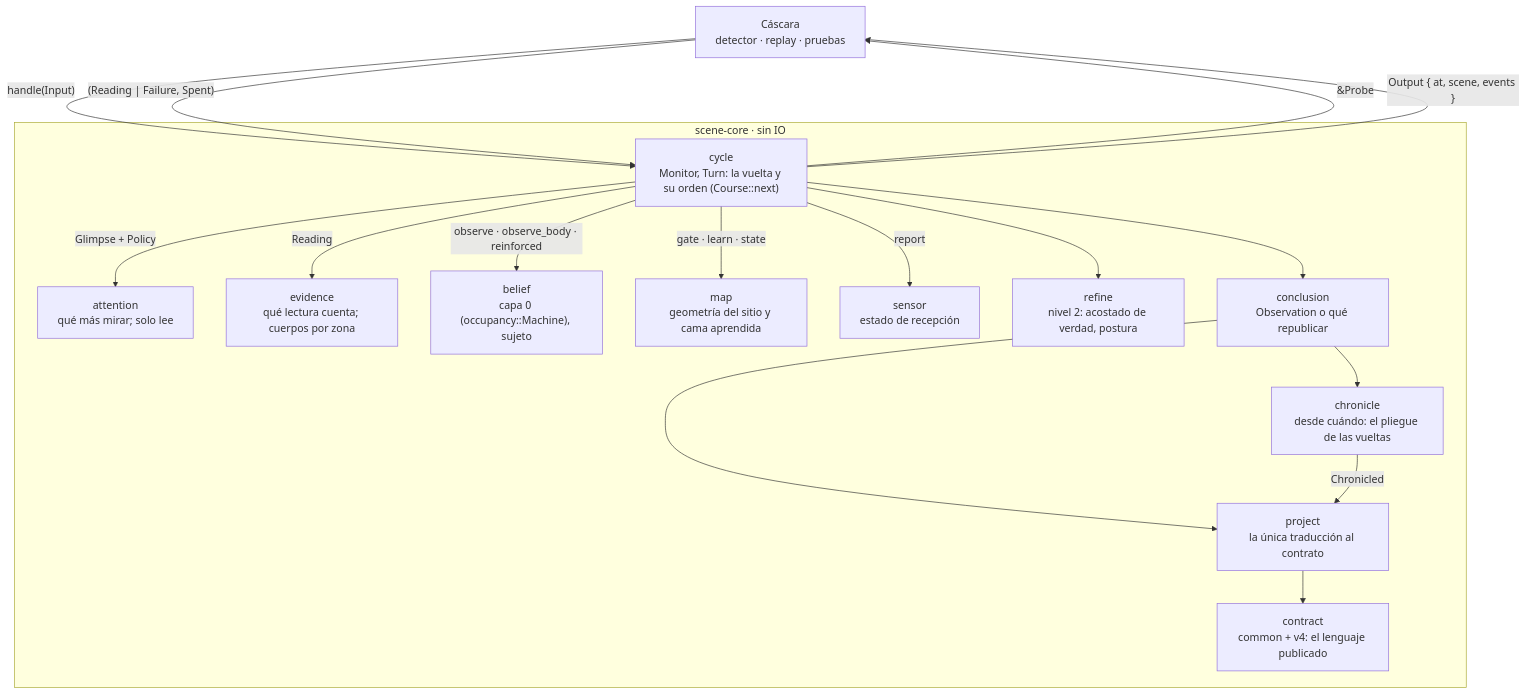
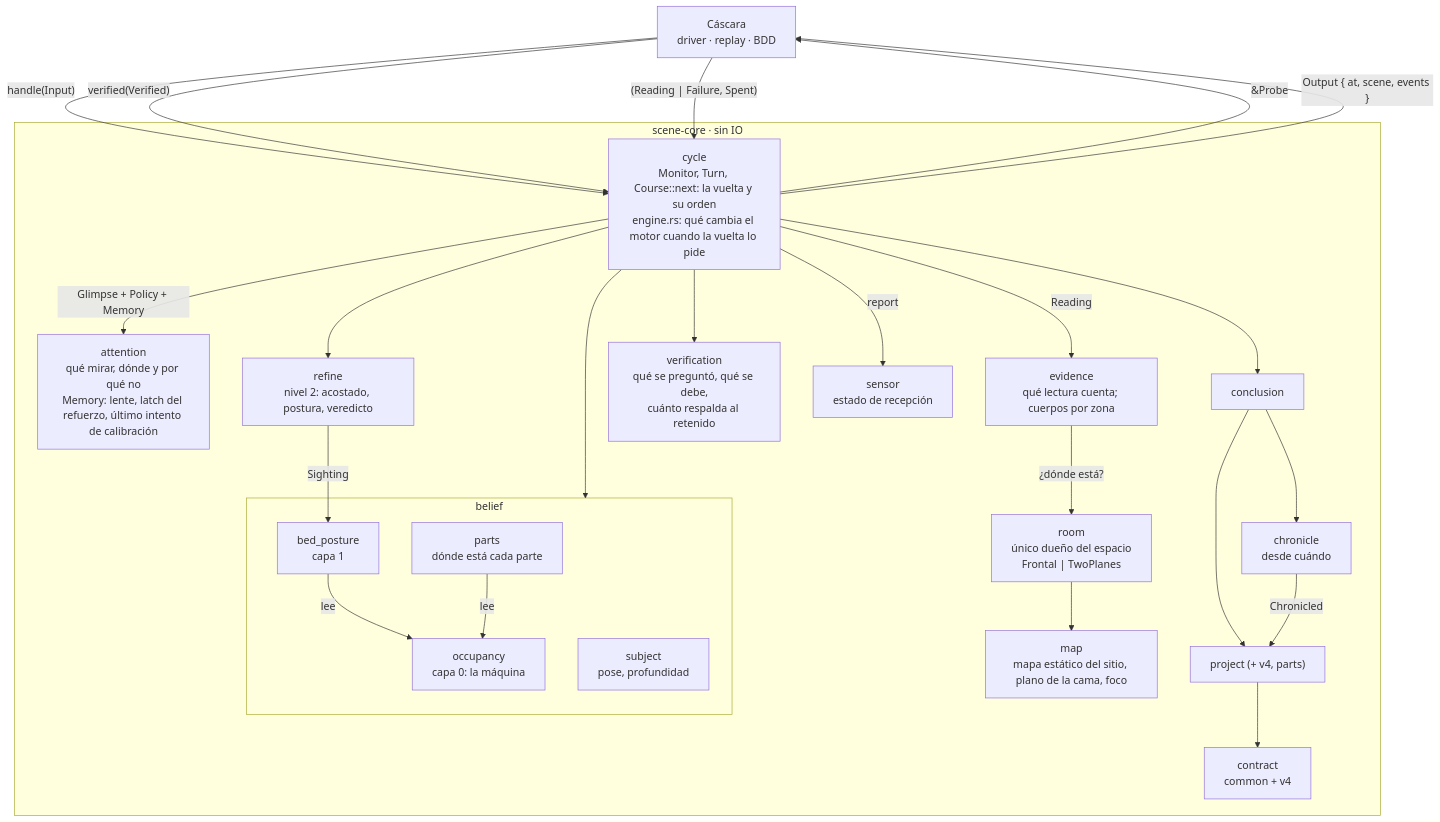
Before and after one commit to e7canasta/calipso-detector: the second of 9 diagrams in arquitectura-c4.md, drawn with Mermaid. The commit also changed other lines of this file and 2 other files, not shown here.

First line of the commit message:
Arquitectura al 2026-11-01: C4 por ingeniería inversa, revisión y mesa de refactor

````diff
--- a/arquitectura-c4.md
+++ b/arquitectura-c4.md
@@ -66,35 +89,48 @@
 ```mermaid
 flowchart TB
-    shell["Cáscara<br/>detector · replay · pruebas"]
+    shell["Cáscara<br/>driver · replay · BDD"]
 
     subgraph core["scene-core · sin IO"]
-        cycle["cycle<br/>Monitor, Turn: la vuelta y su orden (Course::next)"]
-        attention["attention<br/>qué más mirar; solo lee"]
+        cycle["cycle<br/>Monitor, Turn, Course::next: la vuelta y su orden<br/>engine.rs: qué cambia el motor cuando la vuelta lo pide"]
+        attention["attention<br/>qué mirar, dónde y por qué no<br/>Memory: lente, latch del refuerzo, último intento de calibración"]
         evidence["evidence<br/>qué lectura cuenta; cuerpos por zona"]
-        belief["belief<br/>capa 0 (occupancy::Machine), sujeto"]
-        mapm["map<br/>geometría del sitio y cama aprendida"]
+        room["room<br/>único dueño del espacio<br/>Frontal | TwoPlanes"]
+        mapm["map<br/>mapa estático del sitio, plano de la cama, foco"]
+        subgraph belief["belief"]
+            occ["occupancy<br/>capa 0: la máquina"]
+            subj["subject<br/>pose, profundidad"]
+            parts["parts<br/>dónde está cada parte"]
+            bp["bed_posture<br/>capa 1"]
+        end
+        refine["refine<br/>nivel 2: acostado, postura, veredicto"]
+        verification["verification<br/>qué se preguntó, qué se debe,<br/>cuánto respalda al retenido"]
         sensor["sensor<br/>estado de recepción"]
-        refine["refine<br/>nivel 2: acostado de verdad, postura"]
-        conclusion["conclusion<br/>Observation o qué republicar"]
-        chronicle["chronicle<br/>desde cuándo: el pliegue de las vueltas"]
-        project["project<br/>la única traducción al contrato"]
-        contract["contract<br/>common + v4: el lenguaje publicado"]
+        conclusion["conclusion"]
+        chronicle["chronicle<br/>desde cuándo"]
+        project["project (+ v4, parts)"]
+        contract["contract<br/>common + v4"]
     end
 
     shell -->|"handle(Input)"| cycle
+    shell -->|"verified(Verified)"| cycle
     cycle -->|"&Probe"| shell
     shell -->|"(Reading | Failure, Spent)"| cycle
     cycle -->|"Output { at, scene, events }"| shell
 
-    cycle -->|"Glimpse + Policy"| attention
+    cycle -->|"Glimpse + Policy + Memory"| attention
     cycle -->|"Reading"| evidence
-    cycle -->|"observe · observe_body · reinforced"| belief
-    cycle -->|"gate · learn · state"| mapm
+    evidence -->|"¿dónde está?"| room
+    room --> mapm
+    cycle --> belief
+    bp -->|"lee"| occ
+    parts -->|"lee"| occ
+    cycle --> refine
+    refine -->|"Sighting"| bp
+    cycle --> verification
     cycle -->|"report"| sensor
-    cycle --> refine
     cycle --> conclusion
     conclusion --> chronicle
     conclusion --> project
     chronicle -->|"Chronicled"| project
     project --> contract
 ```
````
